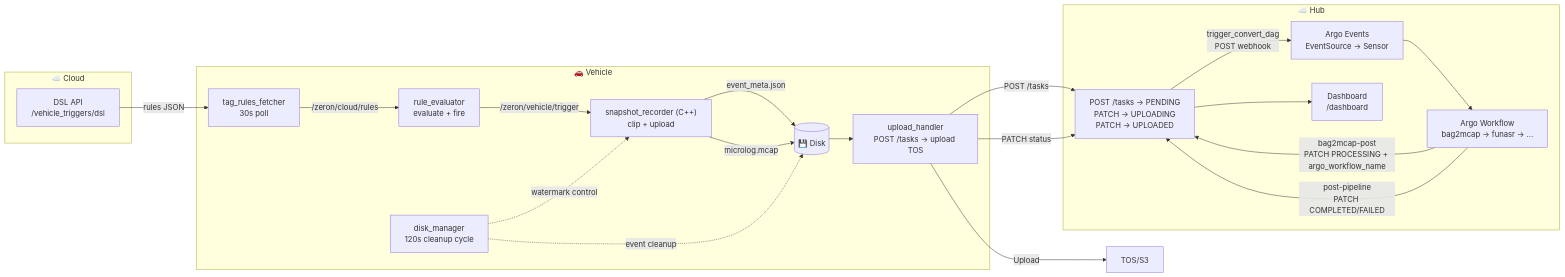
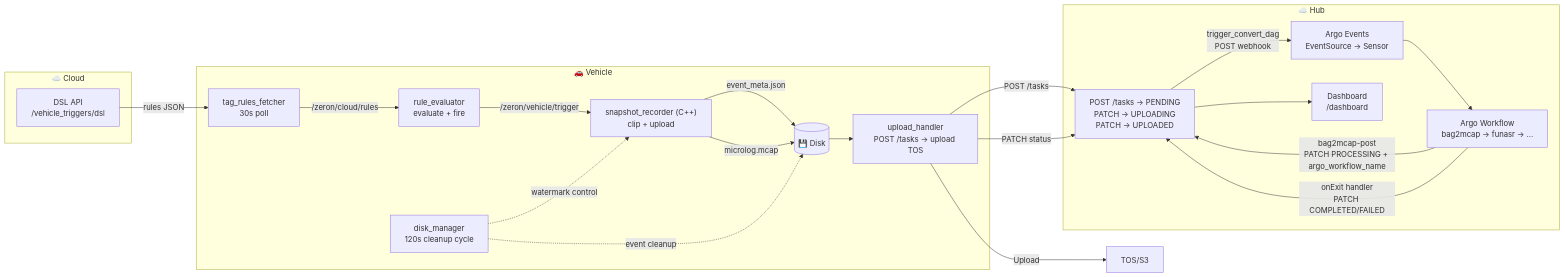
The first of 2 diagrams in skills/data-loop/SKILL.md (gottaBoy/my-skills), drawn with Mermaid before and after one commit. The commit also changed other lines of this file and 1 other file, not shown here.

````diff
--- a/skills/data-loop/SKILL.md
+++ b/skills/data-loop/SKILL.md
@@ -32,33 +32,33 @@
 ```mermaid
 flowchart LR
     subgraph Cloud["☁️ Cloud"]
         API["DSL API<br/>/vehicle_triggers/dsl"]
     end
 
     subgraph Vehicle["🚗 Vehicle"]
         FETCH["tag_rules_fetcher<br/>30s poll"] -->|"/zeron/cloud/rules"| EVAL["rule_evaluator<br/>evaluate + fire"]
         EVAL -->|"/zeron/vehicle/trigger"| REC["snapshot_recorder (C++)<br/>clip + upload"]
         REC -->|"event_meta.json"| DISK[("💾 Disk")]
         REC -->|"microlog.mcap"| DISK
         DISK --> UPLOAD["upload_handler<br/>POST /tasks → upload TOS"]
         DM["disk_manager<br/>120s cleanup cycle"] -.->|"watermark control"| REC
         DM -.->|"event cleanup"| DISK
     end
 
     subgraph Hub["☁️ Hub"]
         TASKS["POST /tasks → PENDING<br/>PATCH → UPLOADING<br/>PATCH → UPLOADED"]
         EVENTS["Argo Events<br/>EventSource → Sensor"]
         WF["Argo Workflow<br/>bag2mcap → funasr → ..."]
         DASHBOARD["Dashboard<br/>/dashboard"]
     end
 
     API -->|"rules JSON"| FETCH
     UPLOAD -->|"POST /tasks"| TASKS
     UPLOAD -->|"PATCH status"| TASKS
     UPLOAD -->|"Upload"| S3["TOS/S3"]
     TASKS -->|"trigger_convert_dag<br/>POST webhook"| EVENTS
     EVENTS --> WF
     WF -->|"bag2mcap-post<br/>PATCH PROCESSING + argo_workflow_name"| TASKS
-    WF -->|"post-pipeline<br/>PATCH COMPLETED/FAILED"| TASKS
+    WF -->|"onExit handler<br/>PATCH COMPLETED/FAILED"| TASKS
     TASKS --> DASHBOARD
 ```
````
